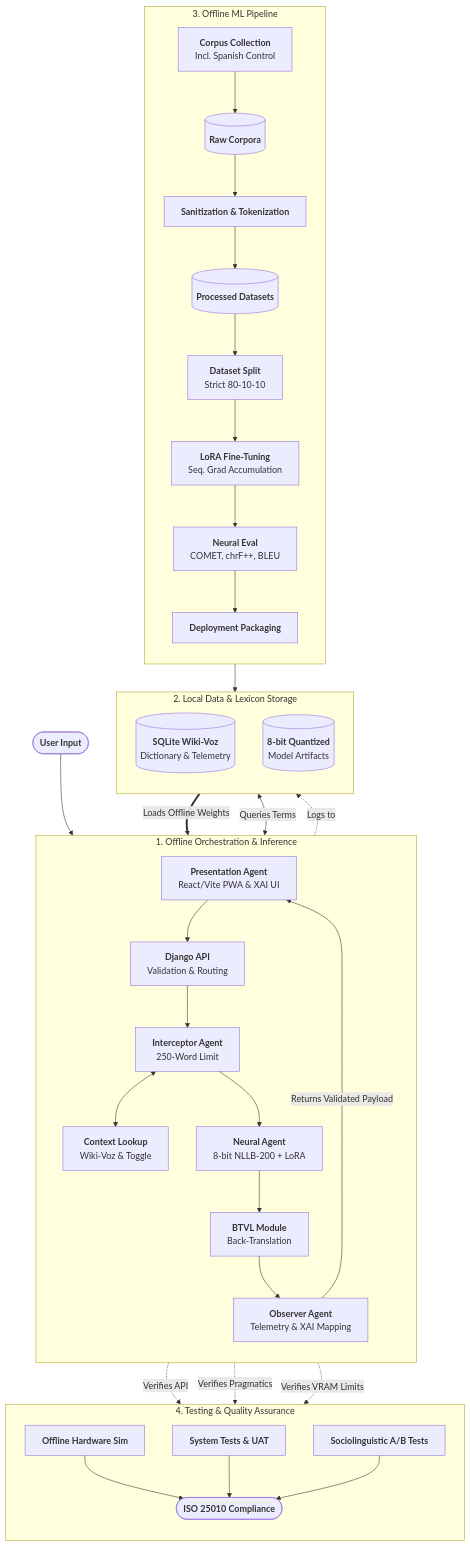
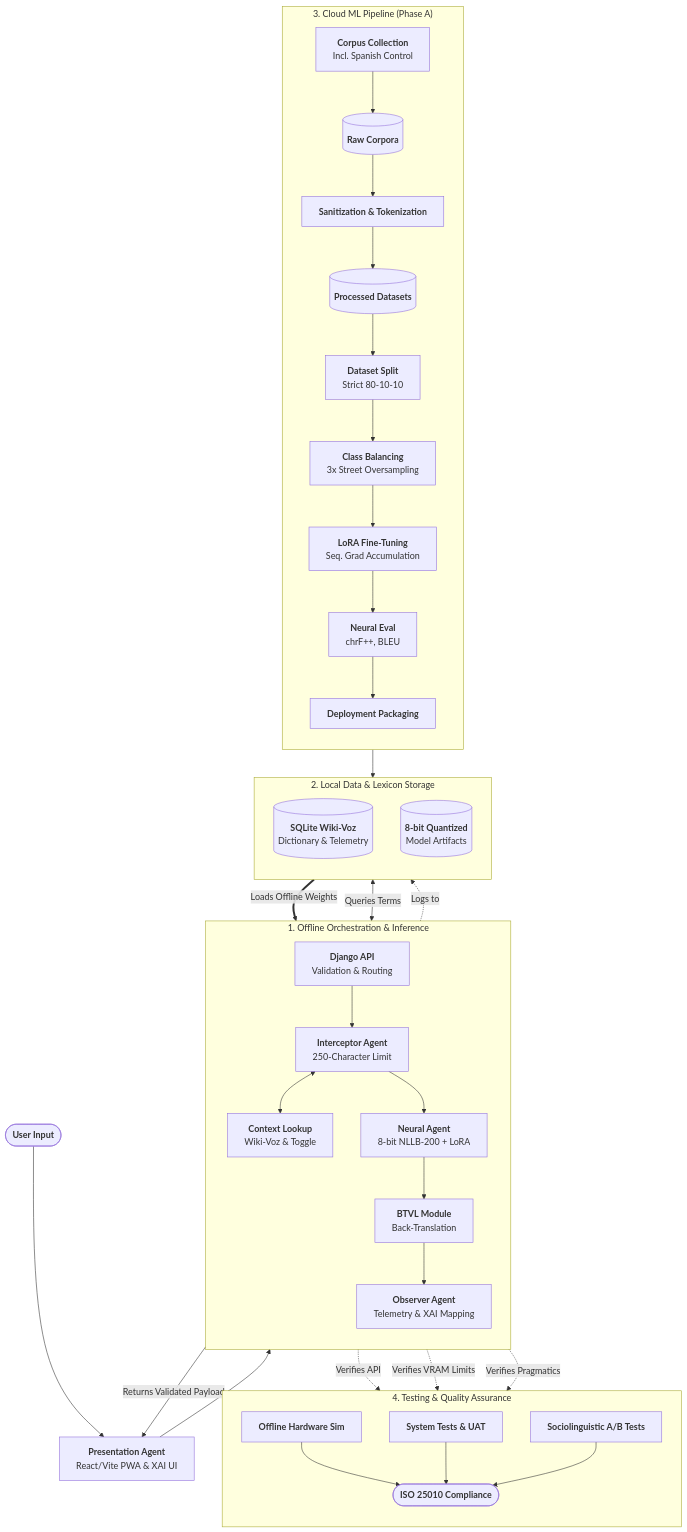
One commit to 4ldrian01/ProjectPuente changed the diagram in puente_high_level_architecture.mmd. Above: the diagram before and after it, drawn with Mermaid. The commit also changed 13 other files, not shown here.

```diff
--- a/puente_high_level_architecture.mmd
+++ b/puente_high_level_architecture.mmd
@@ -1,56 +1,62 @@
 flowchart TB
     %% PUENTE Modular Agent-Based Architecture
-    %% Optimized strictly for vertical Long Bond Paper layout (Enterprise Formatting)
+    %% Optimized for Vertical Long Bond Paper (Stacked Inference-to-QA Layout)
 
     A(["<b>User Input</b>"]) --> B["<b>Presentation Agent</b><br>React/Vite PWA & XAI UI"]
-    
+
+    %% VERTICAL STACK COLUMN (Left Side)
     subgraph RUNTIME ["1. Offline Orchestration & Inference"]
         direction TB
         C["<b>Django API</b><br>Validation & Routing"]
-        D["<b>Interceptor Agent</b><br>250-Word Limit"]
+        D["<b>Interceptor Agent</b><br>250-Character Limit"]
         E["<b>Context Lookup</b><br>Wiki-Voz & Toggle"]
         F["<b>Neural Agent</b><br>8-bit NLLB-200 + LoRA"]
         G["<b>BTVL Module</b><br>Back-Translation"]
         H["<b>Observer Agent</b><br>Telemetry & XAI Mapping"]
 
-        B --> C --> D
+        C --> D
         D <--> E
         D --> F --> G --> H
-        H -->|"Returns Validated Payload"| B
     end
-
-    subgraph DB ["2. Local Data & Lexicon Storage"]
-        direction TB
-        K[("<b>SQLite Wiki-Voz</b><br>Dictionary & Telemetry")]
-        N[("<b>8-bit Quantized</b><br>Model Artifacts")]
-    end
-
-    E <-->|"Queries Terms"| K
-    H -.->|"Logs to"| K
-    N == "Loads Offline Weights" ==> F
-
-    subgraph PIPE ["3. Offline ML Pipeline"]
-        direction TB
-        P1["<b>Corpus Collection</b><br>Incl. Spanish Control"] --> M[("<b>Raw Corpora</b>")]
-        M --> P2["<b>Sanitization & Tokenization</b>"]
-        P2 --> L[("<b>Processed Datasets</b>")]
-        L --> P3["<b>Dataset Split</b><br>Strict 80-10-10"]
-        P3 --> P4["<b>LoRA Fine-Tuning</b><br>Seq. Grad Accumulation"]
-        P4 --> P5["<b>Neural Eval</b><br>COMET, chrF++, BLEU"]
-        P5 --> P6["<b>Deployment Packaging</b>"]
-    end
-
-    P6 --> N
 
     subgraph OPS ["4. Testing & Quality Assurance"]
         direction TB
         Q1["<b>Offline Hardware Sim</b>"]
         Q2["<b>System Tests & UAT</b>"]
         Q3["<b>Sociolinguistic A/B Tests</b>"]
         Q4(["<b>ISO 25010 Compliance</b>"])
 
-        C -.->|"Verifies API"| Q2
-        G -.->|"Verifies Pragmatics"| Q3
-        F -.->|"Verifies VRAM Limits"| Q1
         Q1 & Q2 & Q3 --> Q4
     end
+
+    %% CONNECTIONS FOR VERTICAL STACK
+    B --> C
+    C -.->|"Verifies API"| Q2
+    F -.->|"Verifies VRAM Limits"| Q1
+    G -.->|"Verifies Pragmatics"| Q3
+    H -->|"Returns Validated Payload"| B
+
+    %% DATA & PIPELINE COLUMN (Right Side)
+    subgraph DB ["2. Local Data & Lexicon Storage"]
+        direction TB
+        K[("<b>SQLite Wiki-Voz</b><br>Dictionary & Telemetry")]
+        N[("<b>8-bit Quantized</b><br>Model Artifacts")]
+    end
+
+    subgraph PIPE ["3. Cloud ML Pipeline (Phase A)"]
+        direction TB
+        P1["<b>Corpus Collection</b><br>Incl. Spanish Control"] --> M[("<b>Raw Corpora</b>")]
+        M --> P2["<b>Sanitization & Tokenization</b>"]
+        P2 --> L[("<b>Processed Datasets</b>")]
+        L --> P3["<b>Dataset Split</b><br>Strict 80-10-10"]
+        P3 --> P3B["<b>Class Balancing</b><br>3x Street Oversampling"]
+        P3B --> P4["<b>LoRA Fine-Tuning</b><br>Seq. Grad Accumulation"]
+        P4 --> P5["<b>Neural Eval</b><br>chrF++, BLEU"]
+        P5 --> P6["<b>Deployment Packaging</b>"]
+    end
+
+    %% CROSS-SUBGRAPH LOGIC
+    E <-->|"Queries Terms"| K
+    H -.->|"Logs to"| K
+    N == "Loads Offline Weights" ==> F
+    P6 --> N
```
